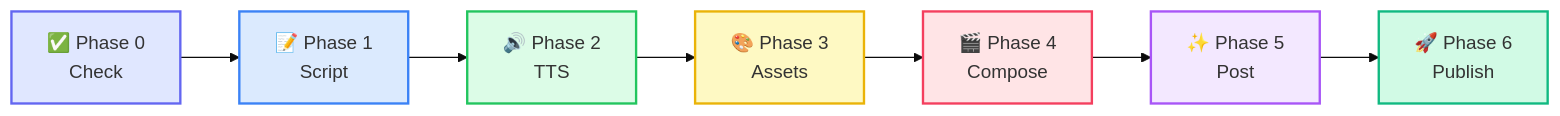
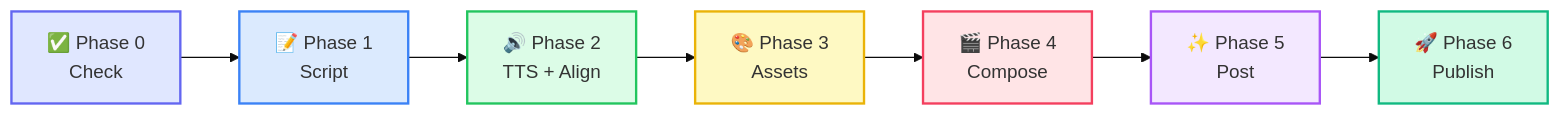
One commit to aaronwong1989/clawreel changed the diagram in README.md. Above: the diagram before and after it, drawn with Mermaid. The commit also changed other lines of this file and 14 other files, not shown here.

````diff
--- a/README.md
+++ b/README.md
@@ -28,21 +28,21 @@
 ```mermaid
 %%{init: {'theme': 'base', 'themeVariables': {'fontSize': '16px'}}}%%
 graph LR
     A["✅ Phase 0\nCheck"] --> B["📝 Phase 1\nScript"]
-    B --> C["🔊 Phase 2\nTTS"]
+    B --> C["🔊 Phase 2\nTTS + Align"]
     C --> D["🎨 Phase 3\nAssets"]
     D --> E["🎬 Phase 4\nCompose"]
     E --> F["✨ Phase 5\nPost"]
     F --> G["🚀 Phase 6\nPublish"]
 
     classDef phase0 fill:#e0e7ff,stroke:#6366f1,stroke-width:2px,color:#333
     classDef phase1 fill:#dbeafe,stroke:#3b82f6,stroke-width:2px,color:#333
     classDef phase2 fill:#dcfce7,stroke:#22c55e,stroke-width:2px,color:#333
     classDef phase3 fill:#fef9c3,stroke:#eab308,stroke-width:2px,color:#333
     classDef phase4 fill:#ffe4e6,stroke:#f43f5e,stroke-width:2px,color:#333
     classDef phase5 fill:#f3e8ff,stroke:#a855f7,stroke-width:2px,color:#333
     classDef phase6 fill:#d1fae5,stroke:#10b981,stroke-width:2px,color:#333
 
     class A phase0; class B phase1; class C phase2; class D phase3
     class E phase4; class F phase5; class G phase6
 ```
````
